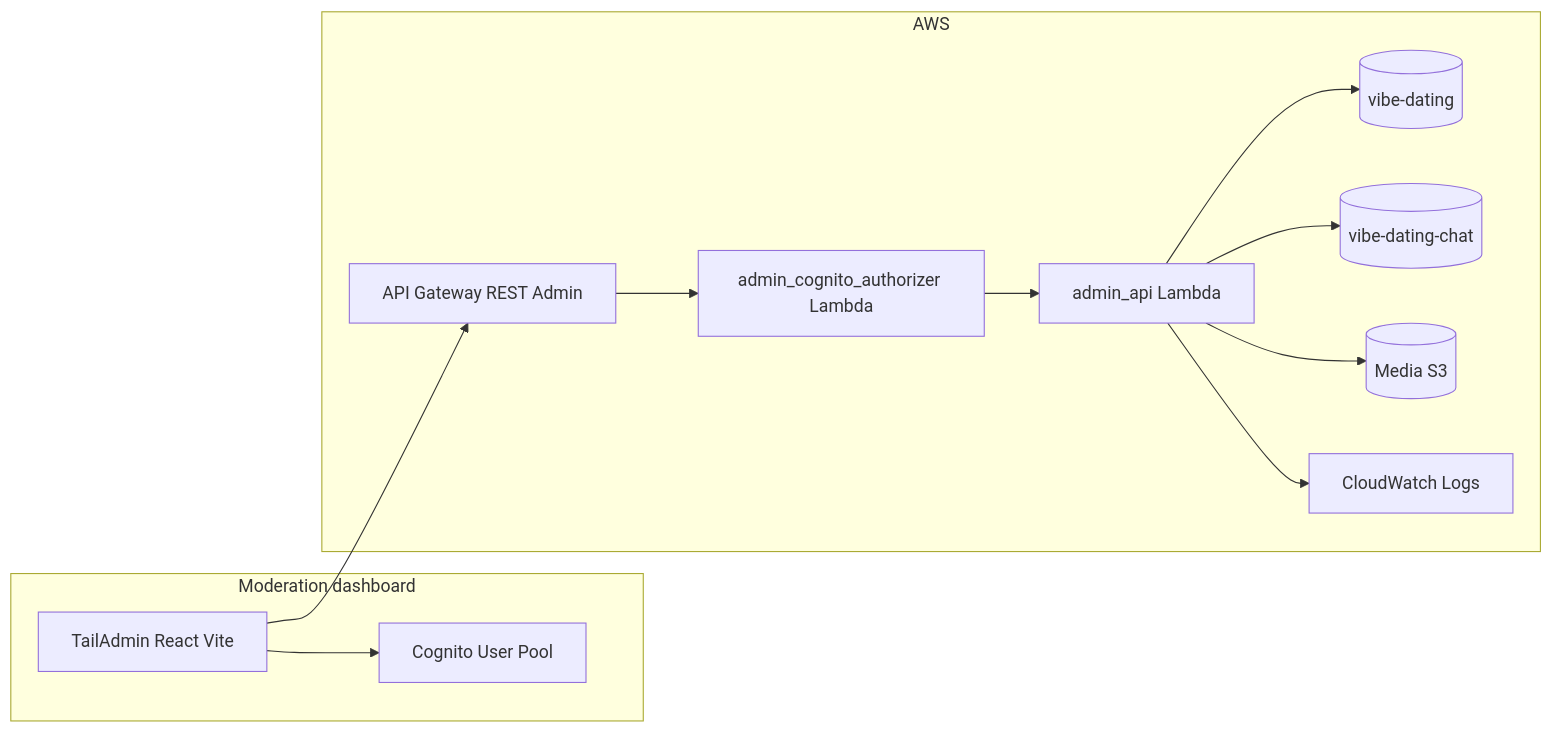
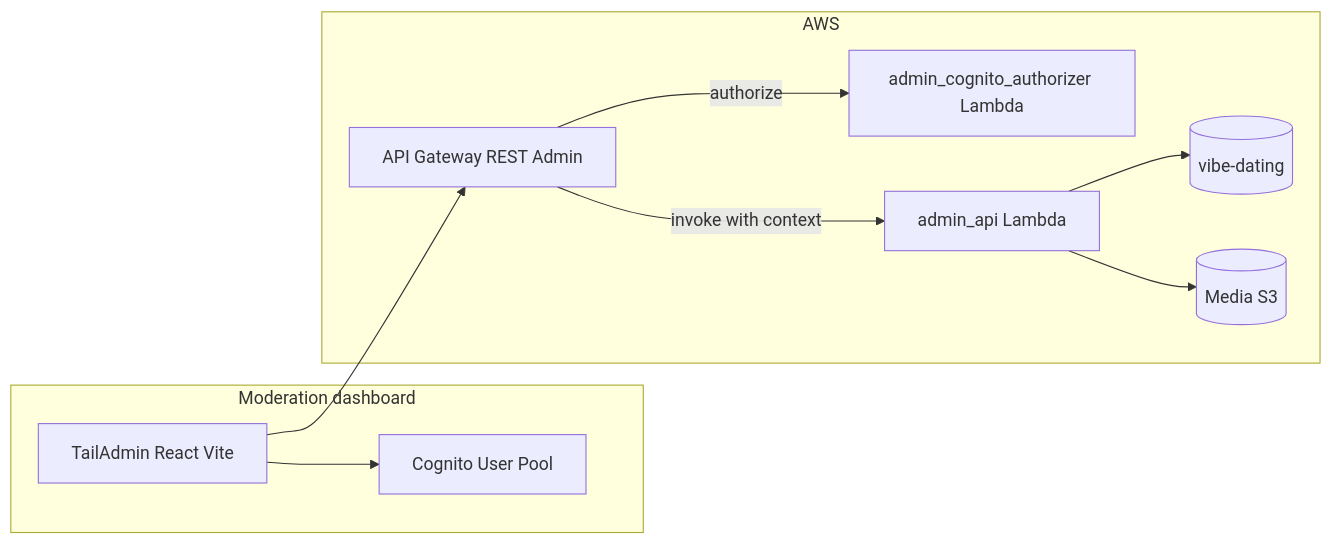
One commit to shlomosh/vibe-dating-devenv changed the diagram in docs/architecture/moderation-dashboard.md. Above: the diagram before and after it, drawn with Mermaid. The commit also changed other lines of this file and 1 other file, not shown here.

````diff
--- a/docs/architecture/moderation-dashboard.md
+++ b/docs/architecture/moderation-dashboard.md
@@ -59,24 +48,20 @@
 ```mermaid
 flowchart LR
   subgraph dash [Moderation dashboard]
     UI[TailAdmin React Vite]
     COG[Cognito User Pool]
   end
   subgraph aws [AWS]
     APIG[API Gateway REST Admin]
     AUTH[admin_cognito_authorizer Lambda]
     API[admin_api Lambda]
     DDB[(vibe-dating)]
-    CHAT[(vibe-dating-chat)]
     S3[(Media S3)]
-    CW[CloudWatch Logs]
   end
   UI --> COG
   UI --> APIG
-  APIG --> AUTH
-  AUTH --> API
+  APIG -- authorize --> AUTH
+  APIG -- invoke with context --> API
   API --> DDB
-  API --> CHAT
   API --> S3
-  API --> CW
 ```
````
